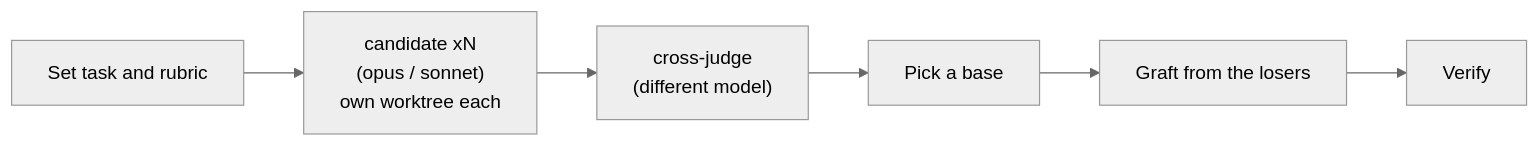
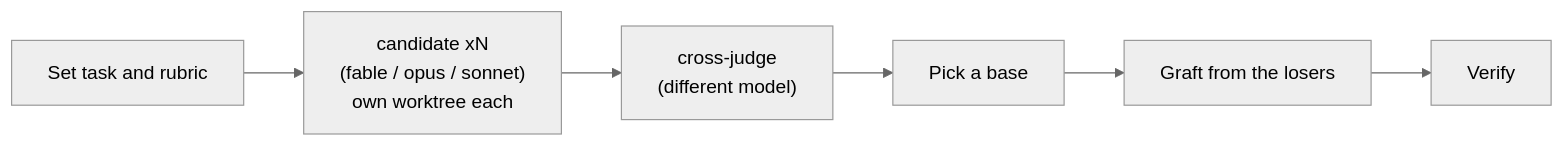
One commit to souljazzfunk/lab changed the fifth of 12 diagrams in pstack-cc/docs/skill-map.en.md. Above: the diagram before and after it, drawn with Mermaid (neutral theme). The commit also changed other lines of this file and 116 other files, not shown here.

````diff
--- a/pstack-cc/docs/skill-map.en.md
+++ b/pstack-cc/docs/skill-map.en.md
@@ -131,8 +123,8 @@
 ```mermaid
 flowchart LR
-  A[Set task and rubric] --> B["candidate xN<br/>(opus / sonnet)<br/>own worktree each"]
+  A[Set task and rubric] --> B["candidate xN<br/>(fable / opus / sonnet)<br/>own worktree each"]
   B --> C["cross-judge<br/>(different model)"]
   C --> D[Pick a base]
   D --> E[Graft from the losers]
   E --> F[Verify]
 ```
````
